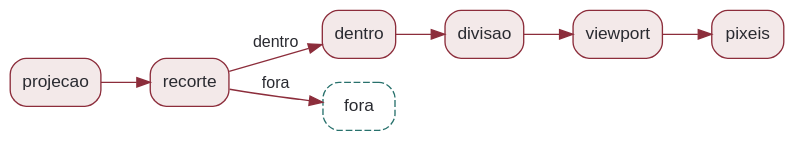
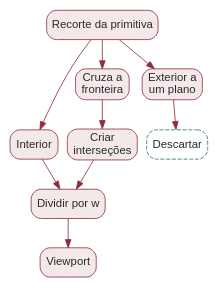
The diagram in src/content/lessons/cg/etapas.dot (rodrgds/resumos), drawn with Graphviz before and after one commit. The commit also changed 25 other files, not shown here.

```diff
--- a/src/content/lessons/cg/etapas.dot
+++ b/src/content/lessons/cg/etapas.dot
@@ -1,10 +1,20 @@
 digraph Etapas {
-  graph [bgcolor="transparent", rankdir=LR, pad=0.2];
-  node [shape=box, style="rounded,filled", fillcolor="#f3e9e9", color="#8c2d3b", fontcolor="#292a30", fontname="Arial", fontsize=13];
+  graph [bgcolor="transparent", rankdir=TB, pad=0.12, nodesep=0.15, size="2.2,8"];
+  node [shape=box, style="rounded,filled", fillcolor="#f3e9e9", color="#8c2d3b", fontcolor="#292a30", fontname="Arial", fontsize=14];
   edge [color="#8c2d3b", fontcolor="#292a30", fontname="Arial", fontsize=12];
-  projecao -> recorte;
-  recorte -> dentro [label="dentro"];
-  recorte -> fora [label="fora"];
-  fora [shape=box, style="rounded,dashed", color="#28716c"];
-  dentro -> divisao -> viewport -> pixeis;
+  recorte [label="Recorte da primitiva"];
+  dentro [label="Interior"];
+  parcial [label="Cruza a\nfronteira"];
+  fora [label="Exterior a\num plano"];
+  corte [label="Criar\ninterseções"];
+  descartar [label="Descartar", style="rounded,dashed", color="#28716c"];
+  divisao [label="Dividir por w"];
+  viewport [label="Viewport"];
+  recorte -> dentro;
+  recorte -> parcial;
+  recorte -> fora;
+  parcial -> corte -> divisao;
+  dentro -> divisao;
+  fora -> descartar;
+  divisao -> viewport;
 }
```
